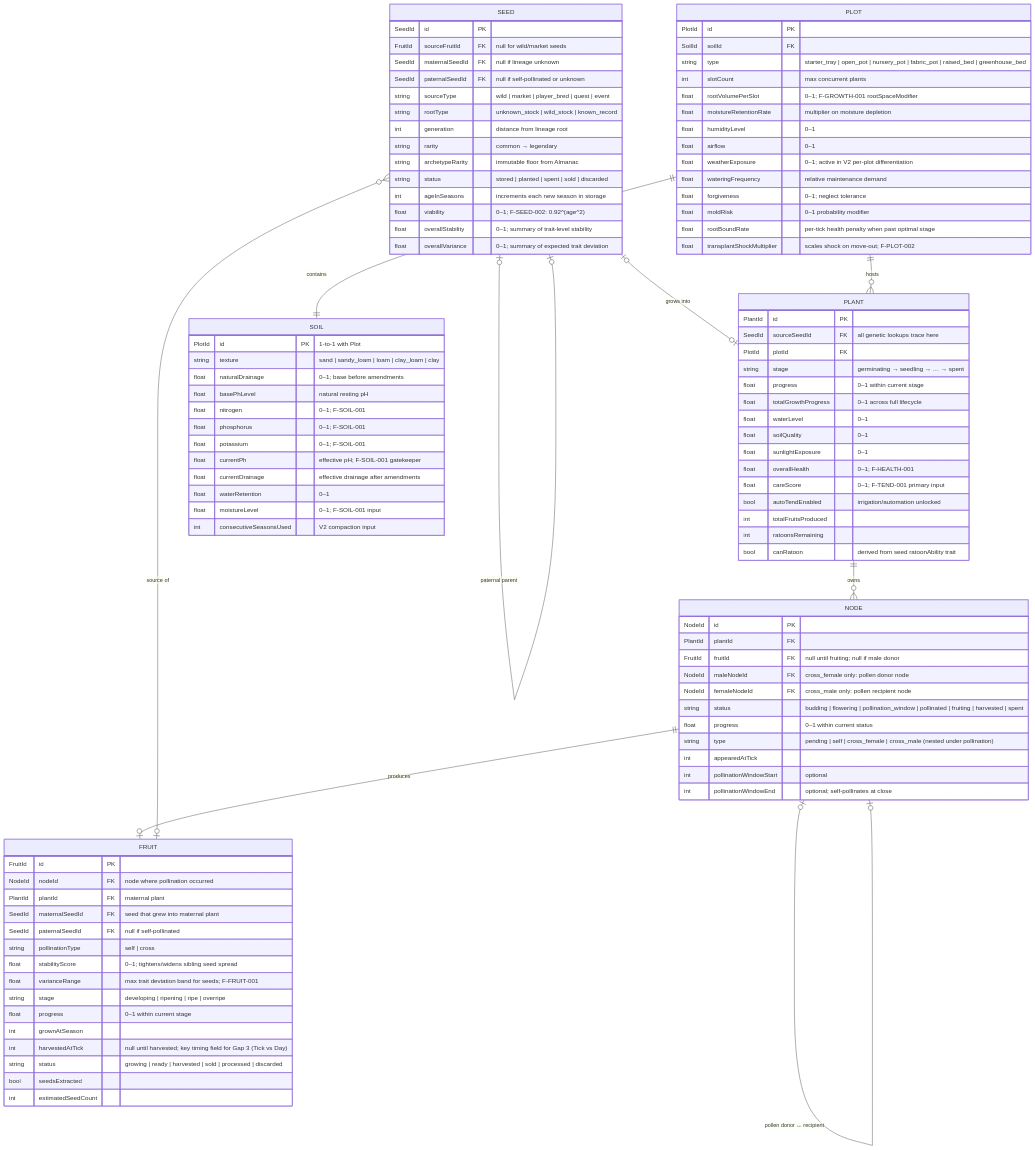
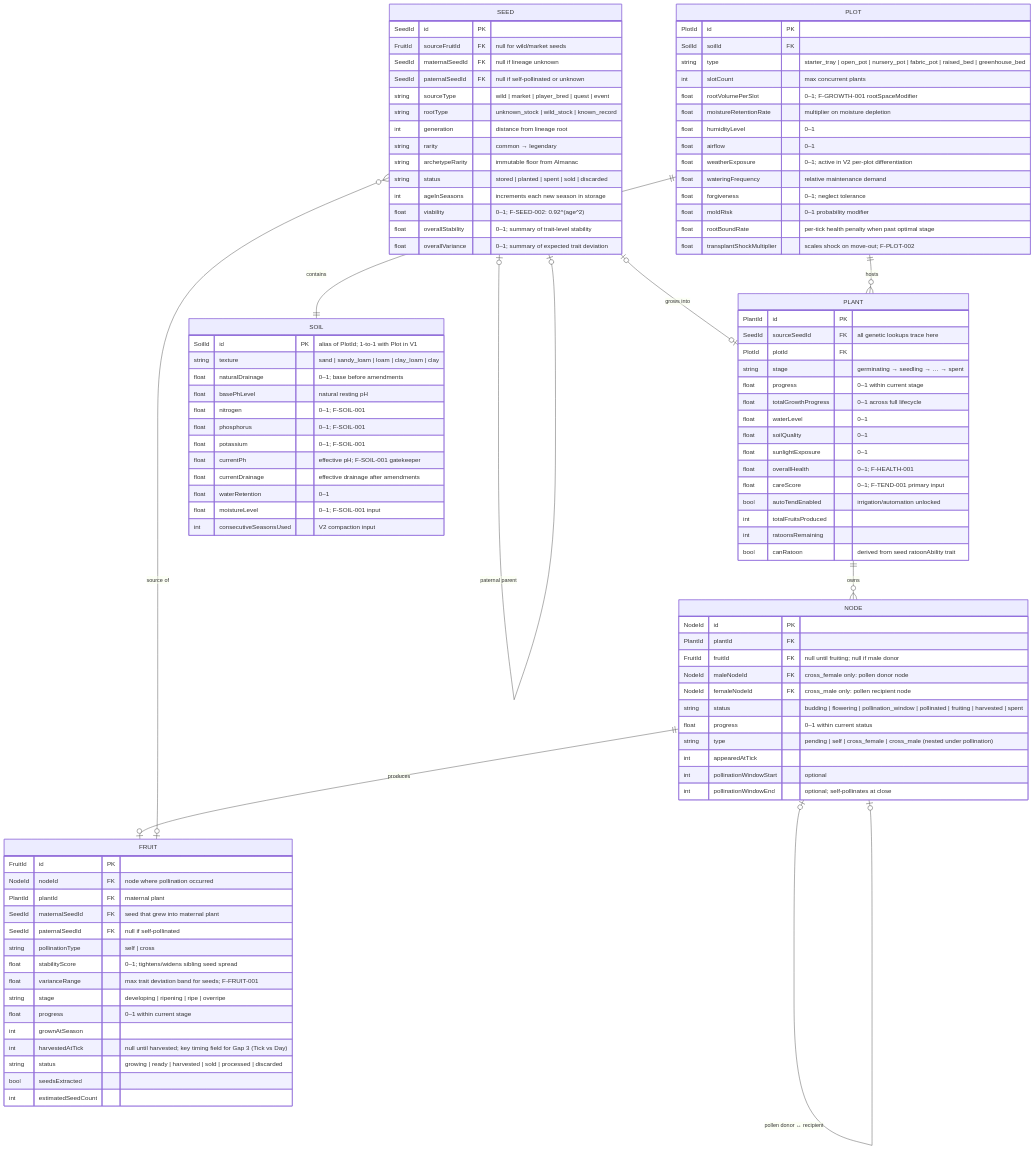
The diagram in docs/data-models/ERD.md (wulke/pepper-pirate), drawn with Mermaid before and after one commit. The commit also changed 1 other file, not shown here.

Commit message:
types: use SoilId for Soil.id instead of borrowing PlotId
soil.ts now imports SoilId from plot.ts and types its own id field
with it. SoilId = PlotId (1:1 alias in V1), but the entity should
use its own named type rather than borrowing its container's.

ERD.md updated accordingly: SOIL.id now listed as SoilId with the
alias note inline.

```diff
--- a/docs/data-models/ERD.md
+++ b/docs/data-models/ERD.md
@@ -96,7 +96,7 @@
     }
 
     SOIL {
-        PlotId      id                  PK  "1-to-1 with Plot"
+        SoilId      id                  PK  "alias of PlotId; 1-to-1 with Plot in V1"
         string      texture                 "sand | sandy_loam | loam | clay_loam | clay"
         float       naturalDrainage         "0–1; base before amendments"
         float       basePhLevel             "natural resting pH"
```
